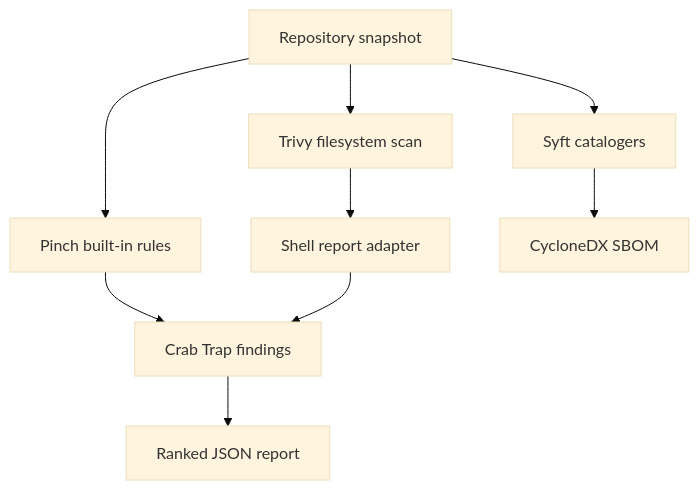
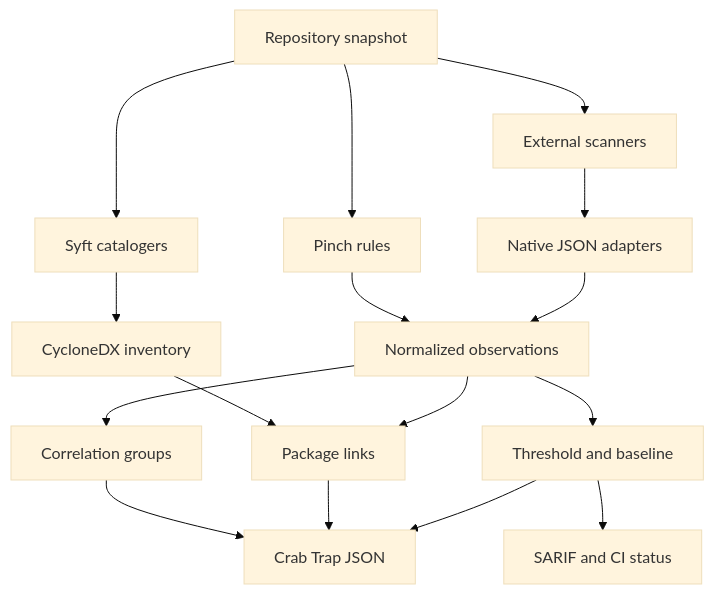
The diagram in docs/architecture.md (gepardjaro/crab-risk-scan), drawn with Mermaid (base theme) before and after one commit. The commit also changed other lines of this file and 5 other files, not shown here.

Commit message:
Handle native Checkov paths and document the implemented architecture

````diff
--- a/docs/architecture.md
+++ b/docs/architecture.md
@@ -5,11 +5,18 @@
 ```mermaid
 flowchart TD
-    S["Repository snapshot"] --> P["Pinch built-in rules"]
-    S --> T["Trivy filesystem scan"]
-    S --> Y["Syft catalogers"]
-    P --> F["Crab Trap findings"]
-    T --> A["Shell report adapter"]
-    A --> F
-    F --> R["Ranked JSON report"]
-    Y --> B["CycloneDX SBOM"]
+  S["Repository snapshot"] --> P["Pinch rules"]
+  S --> E["External scanners"]
+  S --> Y["Syft catalogers"]
+  E --> A["Native JSON adapters"]
+  P --> O["Normalized observations"]
+  A --> O
+  O --> G["Correlation groups"]
+  Y --> B["CycloneDX inventory"]
+  B --> J["Package links"]
+  O --> J
+  O --> T["Threshold and baseline"]
+  G --> R["Crab Trap JSON"]
+  J --> R
+  T --> R
+  T --> F["SARIF and CI status"]
 ```
````
